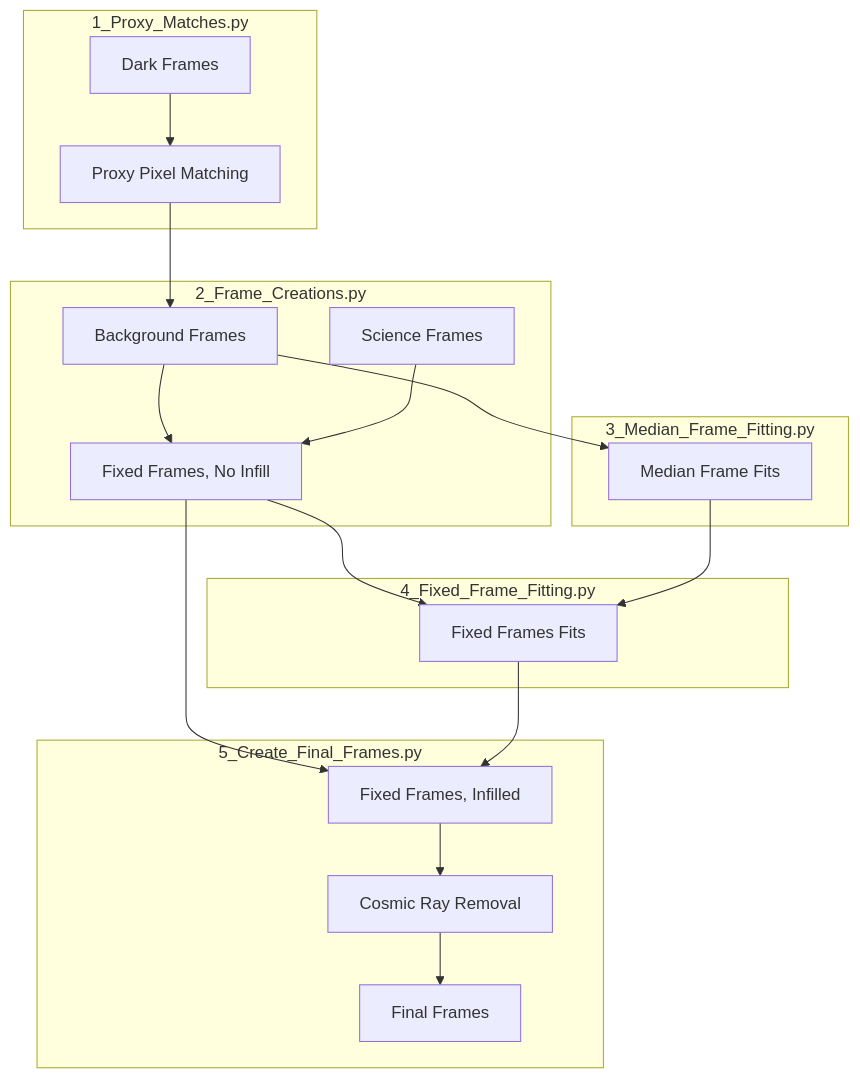
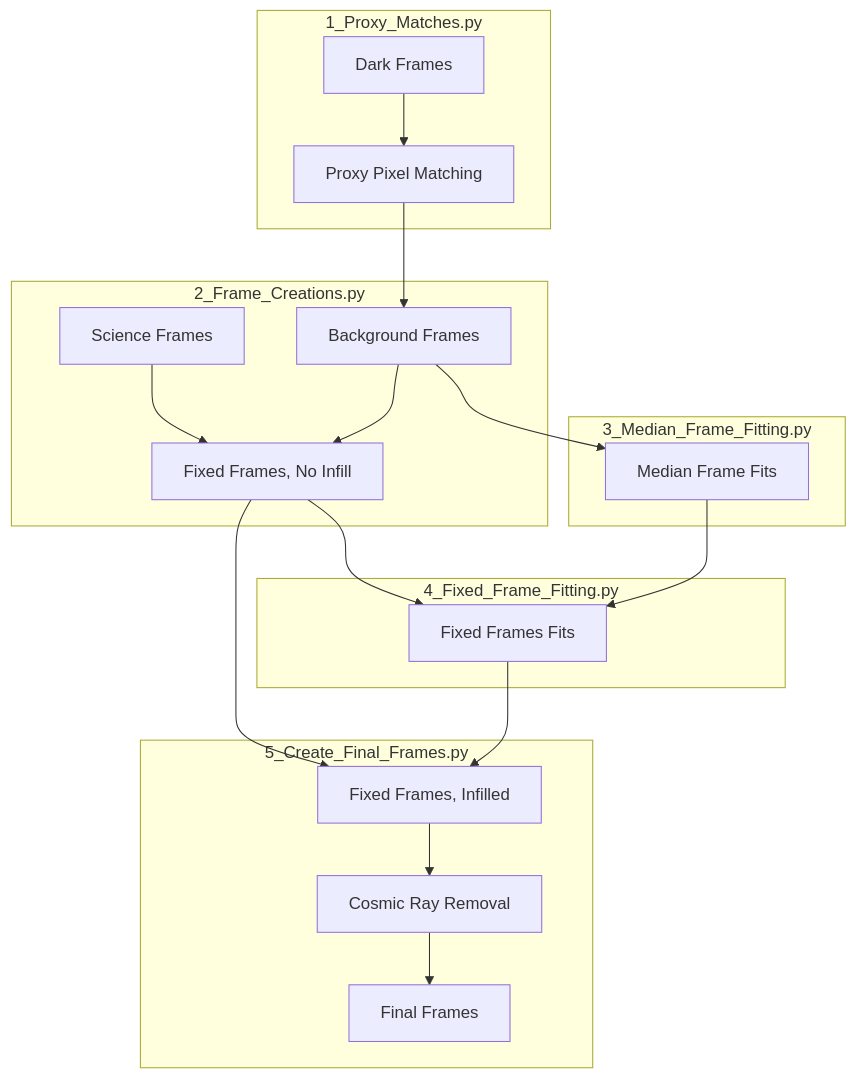
The diagram in README.md (sees9730/CUTE-CubeSat-Proxy-Pixel-Pipeline), drawn with Mermaid before and after one commit.

````diff
--- a/README.md
+++ b/README.md
@@ -57,21 +57,21 @@
 ```mermaid
 flowchart TD;
     subgraph 1_Proxy_Matches.py
     A[Dark Frames] --> B[Proxy Pixel Matching];
     end
     subgraph 2_Frame_Creations.py
     B --> C[Background Frames];
-    C & D[Science Frames] --> E[Fixed Frames, No Infill];
+     D[Science Frames] & C --> E[Fixed Frames, No Infill];
     end
     subgraph 3_Median_Frame_Fitting.py
     C --> F[Median Frame Fits]
     end
     subgraph 4_Fixed_Frame_Fitting.py
     E & F --> G[Fixed Frames Fits];
     end
     E & G --> H[Fixed Frames, Infilled];
     subgraph 5_Create_Final_Frames.py
     H --> I[Cosmic Ray Removal]
     I --> J[Final Frames];
     end
 ```
````
